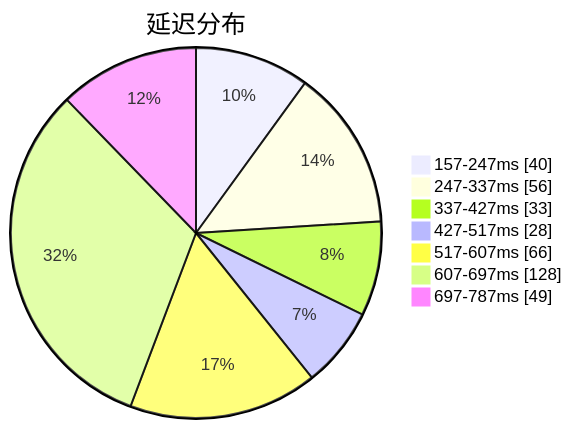
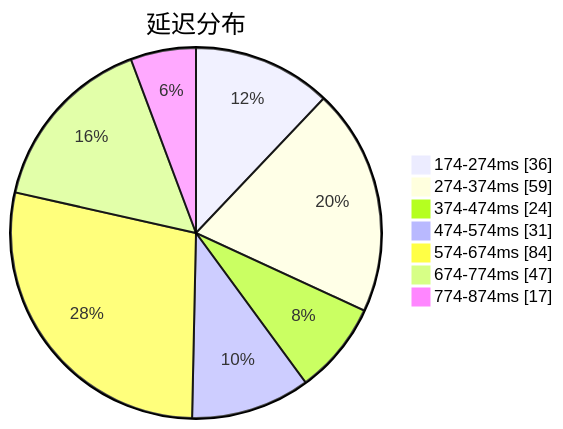
The first of 3 diagrams in subs/statistics/tested_within.md (qjlxg/airport), drawn with Mermaid before and after one commit. The commit also changed other lines of this file and 2 other files, not shown here.

````diff
--- a/subs/statistics/tested_within.md
+++ b/subs/statistics/tested_within.md
@@ -2,11 +2,11 @@
 ```mermaid
 pie showData
 title 延迟分布
-"157-247ms" : 40
-"247-337ms" : 56
-"337-427ms" : 33
-"427-517ms" : 28
-"517-607ms" : 66
-"607-697ms" : 128
-"697-787ms" : 49
+"174-274ms" : 36
+"274-374ms" : 59
+"374-474ms" : 24
+"474-574ms" : 31
+"574-674ms" : 84
+"674-774ms" : 47
+"774-874ms" : 17
 ```
````
